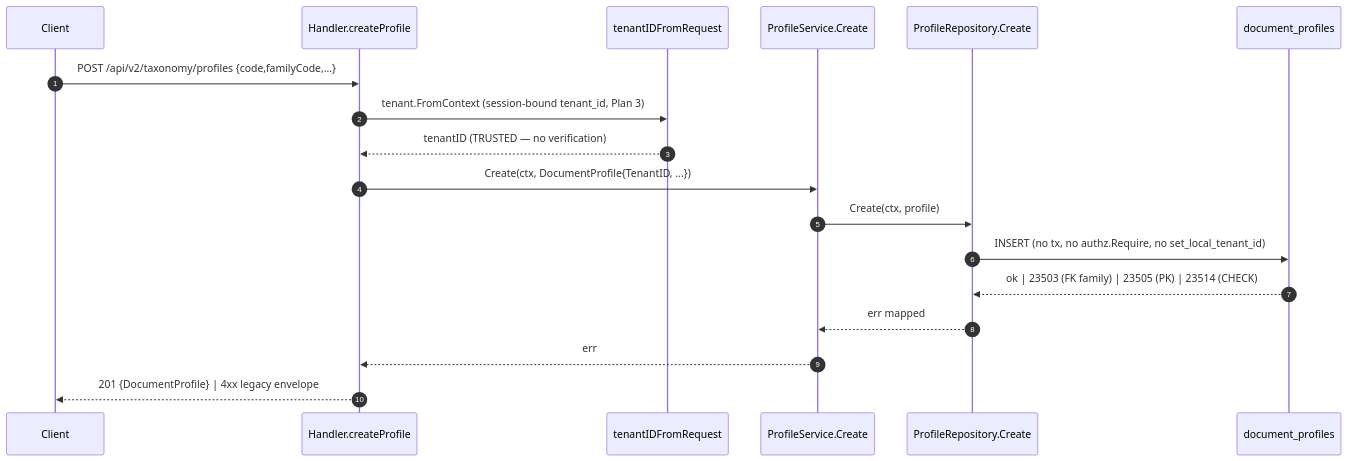
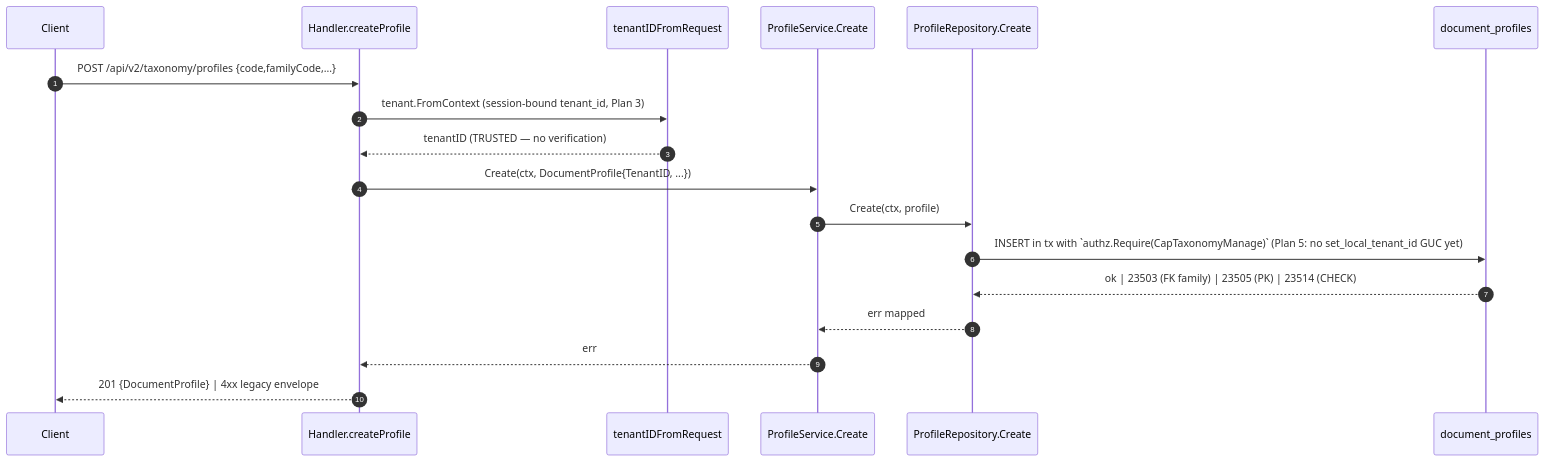
Before and after one commit to developmentconexus-ops/MetalDocs: the fourth of 5 diagrams in wiki/modules/taxonomy.md, drawn with Mermaid. The commit also changed other lines of this file and 19 other files, not shown here.

````diff
--- a/wiki/modules/taxonomy.md
+++ b/wiki/modules/taxonomy.md
@@ -216,20 +216,20 @@
 ```mermaid
 sequenceDiagram
     autonumber
     participant C as Client
     participant H as Handler.createProfile
     participant T as tenantIDFromRequest
     participant S as ProfileService.Create
     participant R as ProfileRepository.Create
     participant DB as document_profiles
     C->>H: POST /api/v2/taxonomy/profiles {code,familyCode,...}
     H->>T: tenant.FromContext (session-bound tenant_id, Plan 3)
     T-->>H: tenantID (TRUSTED — no verification)
     H->>S: Create(ctx, DocumentProfile{TenantID, ...})
     S->>R: Create(ctx, profile)
-    R->>DB: INSERT (no tx, no authz.Require, no set_local_tenant_id)
+    R->>DB: INSERT in tx with `authz.Require(CapTaxonomyManage)` (Plan 5: no set_local_tenant_id GUC yet)
     DB-->>R: ok | 23503 (FK family) | 23505 (PK) | 23514 (CHECK)
     R-->>S: err mapped
     S-->>H: err
     H-->>C: 201 {DocumentProfile} | 4xx legacy envelope
 ```
````
